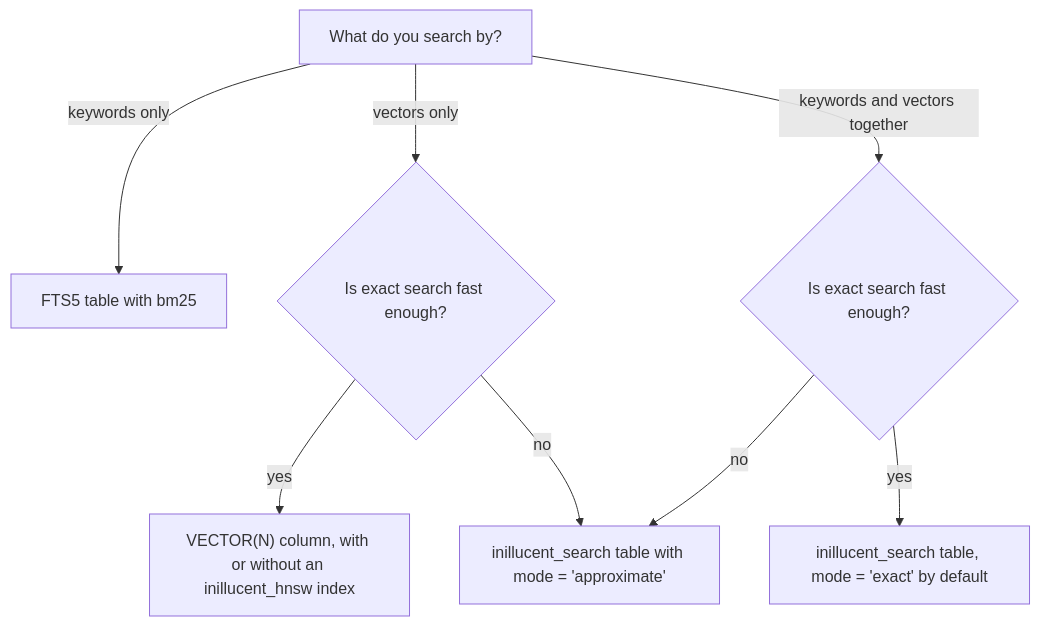
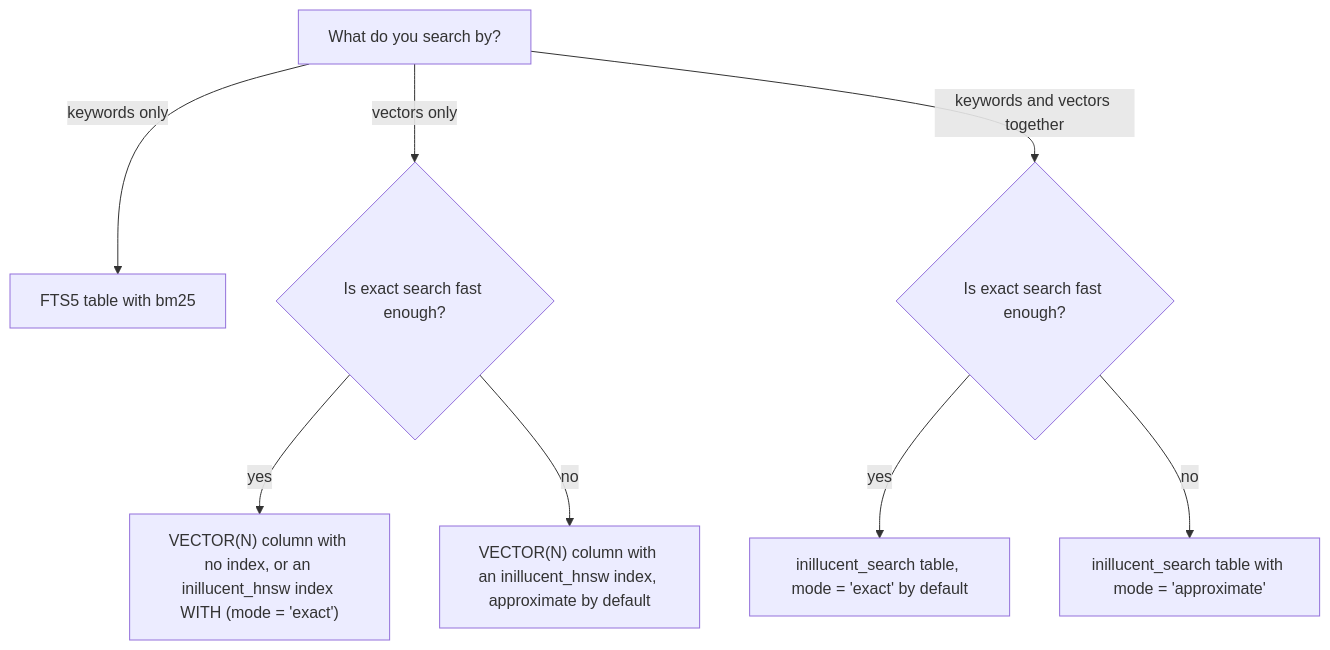
Before and after one commit to jasonmcaffee/inillucent: the diagram in docs/vector-search.md, drawn with Mermaid. The commit also changed other lines of this file and 10 other files, not shown here.

First line of the commit message:
task-2122: the documentation states the approximate default for inillucent_hnsw indexes

````diff
--- a/docs/vector-search.md
+++ b/docs/vector-search.md
@@ -30,10 +30,10 @@
 ```mermaid
 flowchart TB
     A["What do you search by?"] -->|"keywords only"| B["FTS5 table with bm25"]
     A -->|"vectors only"| C{"Is exact search fast enough?"}
     A -->|"keywords and vectors together"| D{"Is exact search fast enough?"}
-    C -->|"yes"| F["VECTOR(N) column, with or without an inillucent_hnsw index"]
-    C -->|"no"| J["inillucent_search table with mode = 'approximate'"]
+    C -->|"yes"| F["VECTOR(N) column with no index, or an inillucent_hnsw index WITH (mode = 'exact')"]
+    C -->|"no"| G["VECTOR(N) column with an inillucent_hnsw index, approximate by default"]
     D -->|"yes"| I["inillucent_search table, mode = 'exact' by default"]
-    D -->|"no"| J
+    D -->|"no"| J["inillucent_search table with mode = 'approximate'"]
 ```
````
